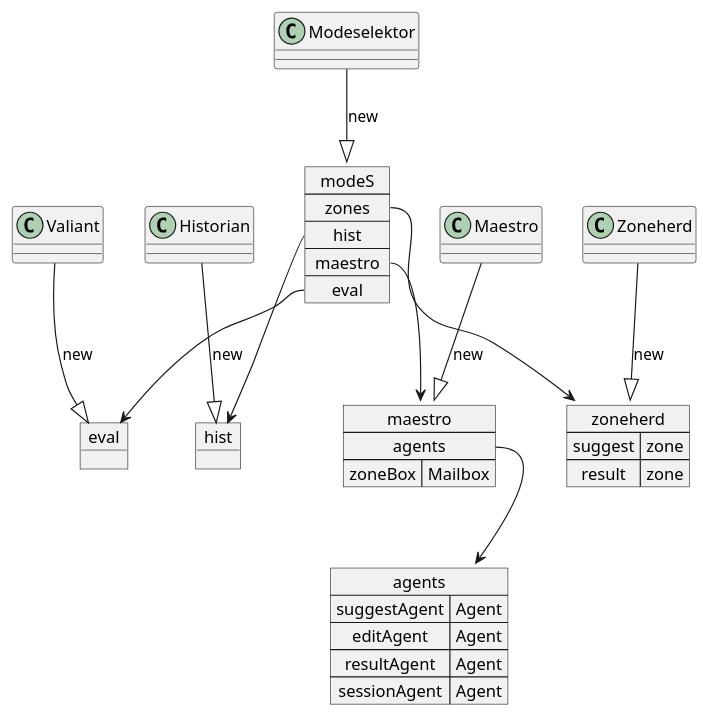
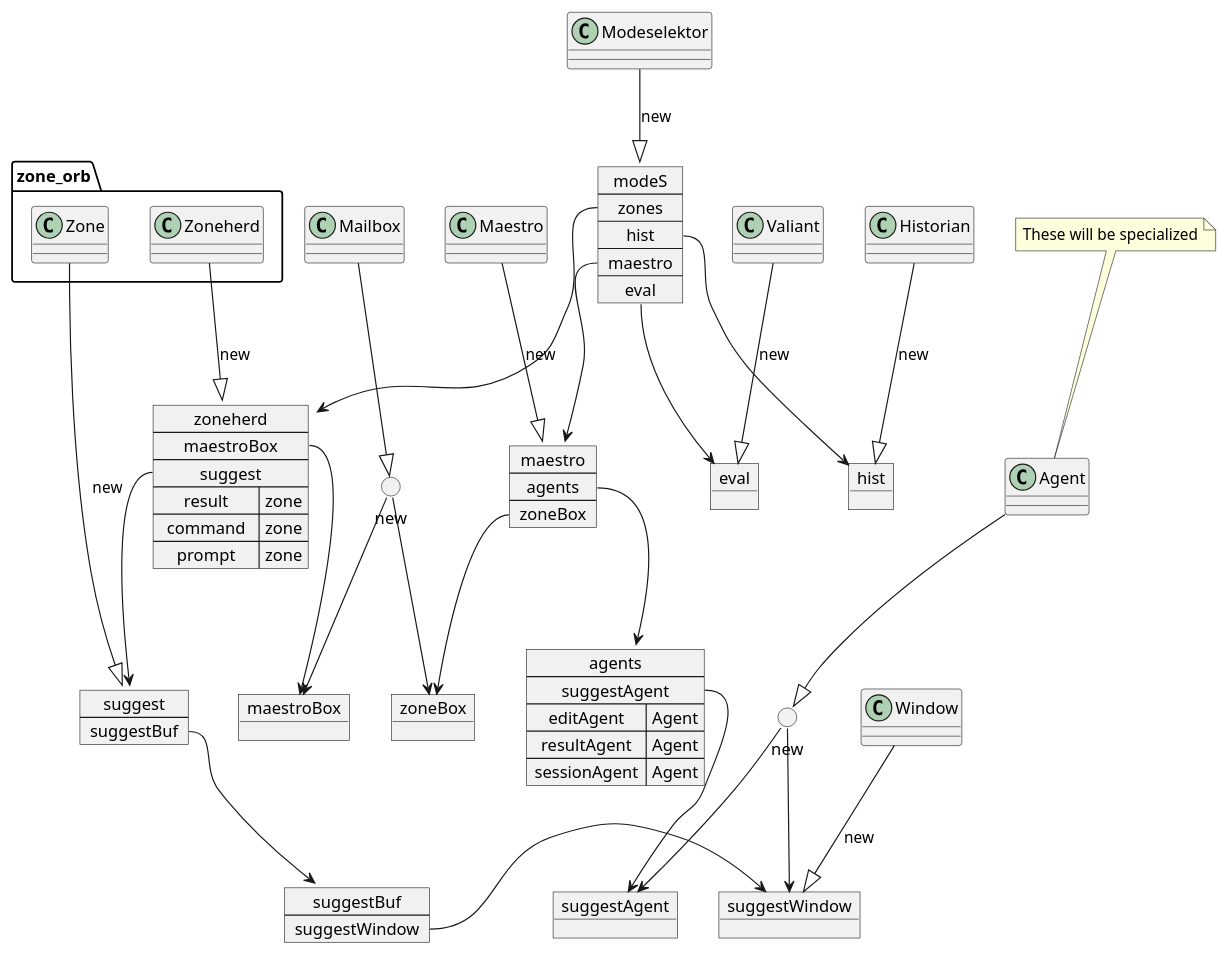
The diagram in orb/design/helm.plantuml (orb-lang/helm), drawn with PlantUML before and after one commit. The commit also changed 1 other file, not shown here.

```diff
--- a/orb/design/helm.plantuml
+++ b/orb/design/helm.plantuml
@@ -2,43 +2,80 @@
 @startuml
 class Modeselektor
 class Historian
-class Zoneherd
+package zone_orb <<Folder>> {
+   class Zoneherd
+   class Zone
+}
 class Valiant
 class Maestro
+class Agent
+note top: These will be specialized
+class Window
+class Mailbox
 
 
 object hist
 
 object eval
 
-map zoneherd {
-    suggest => zone
-    result  => zone
 
+object suggestWindow
+
+map suggestBuf {
+   suggestWindow *-> suggestWindow
 }
 
+map suggest {
+   suggestBuf *--> suggestBuf
+}
+
+object zoneBox
+
+object maestroBox
+
+map zoneherd {
+    maestroBox *--> maestroBox
+    suggest *--> suggest
+    result  => zone
+    command => zone
+    prompt   => zone
+}
+
+object suggestAgent
+
 map agents {
-   suggestAgent => Agent
+   suggestAgent *--> suggestAgent
    editAgent => Agent
    resultAgent => Agent
    sessionAgent => Agent
 }
 
 map maestro {
    agents *--> agents
-   zoneBox => Mailbox
+   zoneBox *--> zoneBox
 }
 
 map modeS {
    zones *--> zoneherd
    hist  *--> hist
    maestro *--> maestro
    eval    *--> eval
 }
 
+circle "new" as newSuggestAgent
+circle "new" as newZoneMailbox
+
 Modeselektor --|> modeS : new
 Zoneherd --|> zoneherd : new
+Zone --|> suggest : new
 Historian --|> hist : new
 Valiant --|> eval : new
 Maestro --|> maestro : new
+Agent --|> newSuggestAgent
+Mailbox --|> newZoneMailbox
+Window --|> suggestWindow : new
+newSuggestAgent --> suggestAgent
+newSuggestAgent --> suggestWindow
+newZoneMailbox --> zoneBox
+newZoneMailbox --> maestroBox
 @enduml
```
